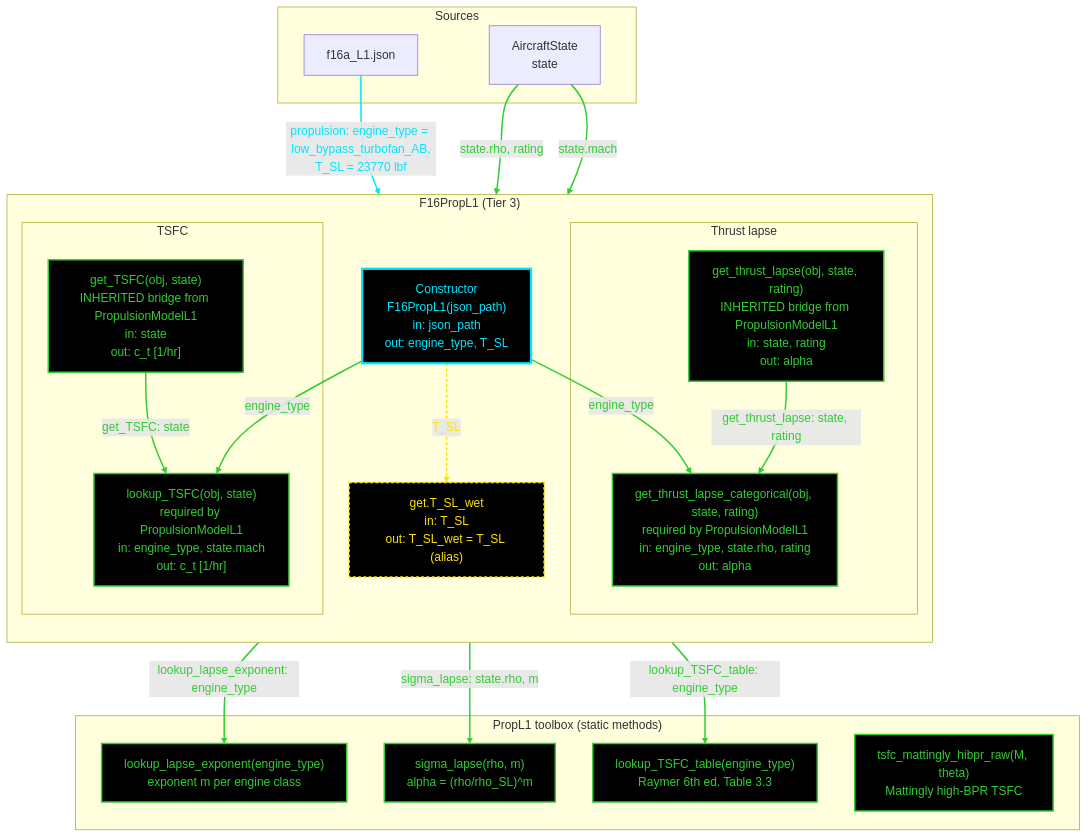
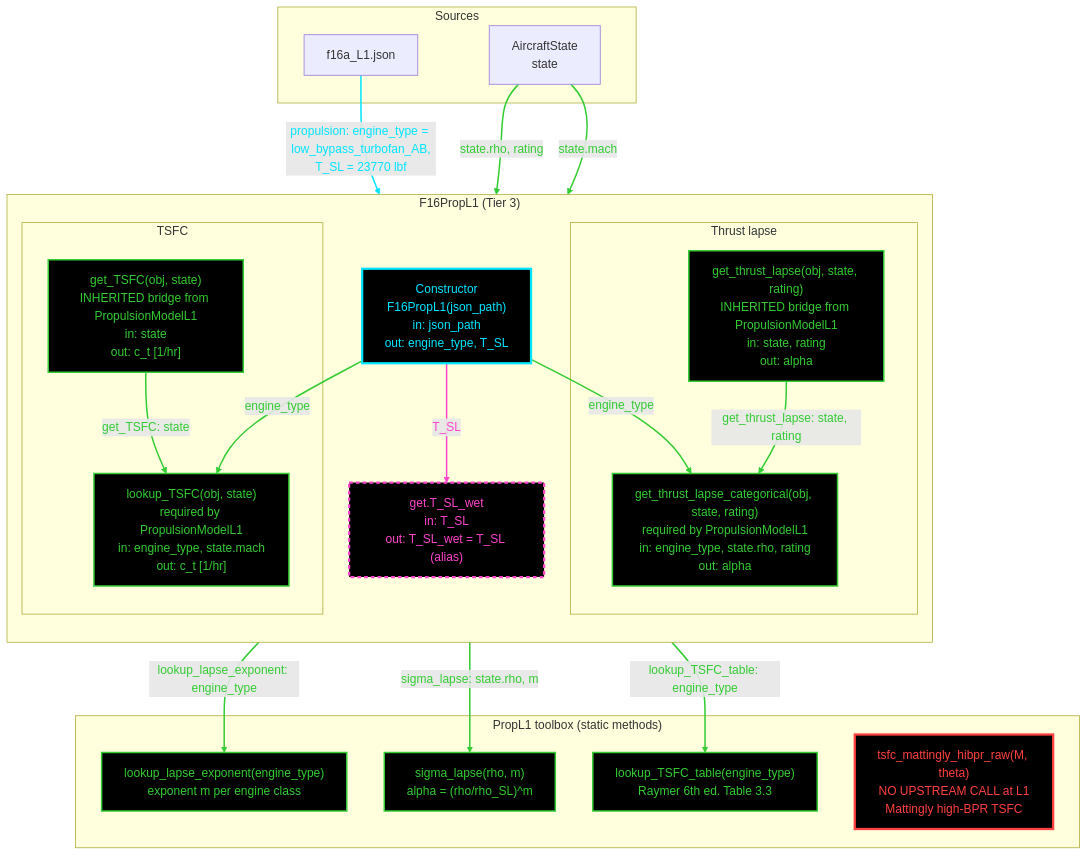
One commit to Idopt-Lab/air-vehicle-design changed the diagram in air_vehicle_design/sizing/docs/Mermaid_Diagrams/Claude-made/Second_Pass/Propulsion/F16APropulsion1_mermaid.md. Above: the diagram before and after it, drawn with Mermaid. The commit also changed other lines of this file and 1 other file, not shown here.

First line of the commit message:
Updated Propulsion Mermaid Diagrams

````diff
--- a/air_vehicle_design/sizing/docs/Mermaid_Diagrams/Claude-made/Second_Pass/Propulsion/F16APropulsion1_mermaid.md
+++ b/air_vehicle_design/sizing/docs/Mermaid_Diagrams/Claude-made/Second_Pass/Propulsion/F16APropulsion1_mermaid.md
@@ -39,57 +52,60 @@
 ```mermaid
 flowchart TD
     subgraph SRC["Sources"]
         J["f16a_L1.json"]
         ST["AircraftState<br/>state"]
     end
 
     subgraph CLASS["F16PropL1 (Tier 3)"]
         direction TB
 
         CTOR["Constructor<br/>F16PropL1(json_path)<br/>in: json_path<br/>out: engine_type, T_SL"]
 
         D1["get.T_SL_wet<br/>in: T_SL<br/>out: T_SL_wet = T_SL (alias)"]
 
         subgraph LAPSE["Thrust lapse"]
             M1["get_thrust_lapse(obj, state, rating)<br/>INHERITED bridge from PropulsionModelL1<br/>in: state, rating<br/>out: alpha"]
             M2["get_thrust_lapse_categorical(obj, state, rating)<br/>required by PropulsionModelL1<br/>in: engine_type, state.rho, rating<br/>out: alpha"]
         end
 
         subgraph FUEL["TSFC"]
             M3["get_TSFC(obj, state)<br/>INHERITED bridge from PropulsionModelL1<br/>in: state<br/>out: c_t [1/hr]"]
             M4["lookup_TSFC(obj, state)<br/>required by PropulsionModelL1<br/>in: engine_type, state.mach<br/>out: c_t [1/hr]"]
         end
     end
 
     subgraph TOOL["PropL1 toolbox (static methods)"]
         T1["lookup_lapse_exponent(engine_type)<br/>exponent m per engine class"]
         T2["sigma_lapse(rho, m)<br/>alpha = (rho/rho_SL)^m"]
         T3["lookup_TSFC_table(engine_type)<br/>Raymer 6th ed. Table 3.3"]
-        T4["tsfc_mattingly_hibpr_raw(M, theta)<br/>Mattingly high-BPR TSFC"]
+        T4["tsfc_mattingly_hibpr_raw(M, theta)<br/>NO UPSTREAM CALL at L1<br/>Mattingly high-BPR TSFC"]
     end
 
     J -->|"propulsion: engine_type = low_bypass_turbofan_AB,<br/>T_SL = 23770 lbf"| CTOR
 
     CTOR -->|"T_SL"| D1
     CTOR -->|"engine_type"| M2
     ST -->|"state.rho, rating"| M2
     CTOR -->|"engine_type"| M4
     ST -->|"state.mach"| M4
     M1 -->|"get_thrust_lapse: state, rating"| M2
     M3 -->|"get_TSFC: state"| M4
 
     M2 -->|"lookup_lapse_exponent: engine_type"| T1
     M2 -->|"sigma_lapse: state.rho, m"| T2
     M4 -->|"lookup_TSFC_table: engine_type"| T3
 
     linkStyle 0 stroke:#00e5ff,color:#00e5ff,stroke-width:2px
-    linkStyle 1 stroke:#ffe100,color:#ffe100,stroke-width:2px,stroke-dasharray:4 3
+    linkStyle 1 stroke:#ff44cc,color:#ff44cc,stroke-width:2px
     linkStyle 2,3,4,5,6,7,8,9,10 stroke:#33cc33,color:#33cc33,stroke-width:2px
 
-    classDef ctor fill:#000000,stroke:#00e5ff,stroke-width:3px,color:#00e5ff
-    classDef func fill:#000000,stroke:#33cc33,stroke-width:2px,color:#33cc33
-    classDef passthrough fill:#000000,stroke:#ffe100,stroke-width:2px,color:#ffe100,stroke-dasharray: 4 3
-    class CTOR ctor
-    class M1,M2,M3,M4,T1,T2,T3,T4 func
-    class D1 passthrough
+    classDef ctorWork fill:#000000,stroke:#00e5ff,stroke-width:3px,color:#00e5ff
+    classDef funcWork fill:#000000,stroke:#33cc33,stroke-width:2px,color:#33cc33
+    classDef injectorWork fill:#000000,stroke:#ff44cc,stroke-width:3px,color:#ff44cc
+    classDef injectorRelay fill:#000000,stroke:#ff44cc,stroke-width:3px,color:#ff44cc,stroke-dasharray: 5 4
+    classDef deadWork fill:#000000,stroke:#ff4040,stroke-width:3px,color:#ff4040
+    class CTOR ctorWork
+    class M1,M2,M3,M4,T1,T2,T3 funcWork
+    class D1 injectorRelay
+    class T4 deadWork
 ```
````
